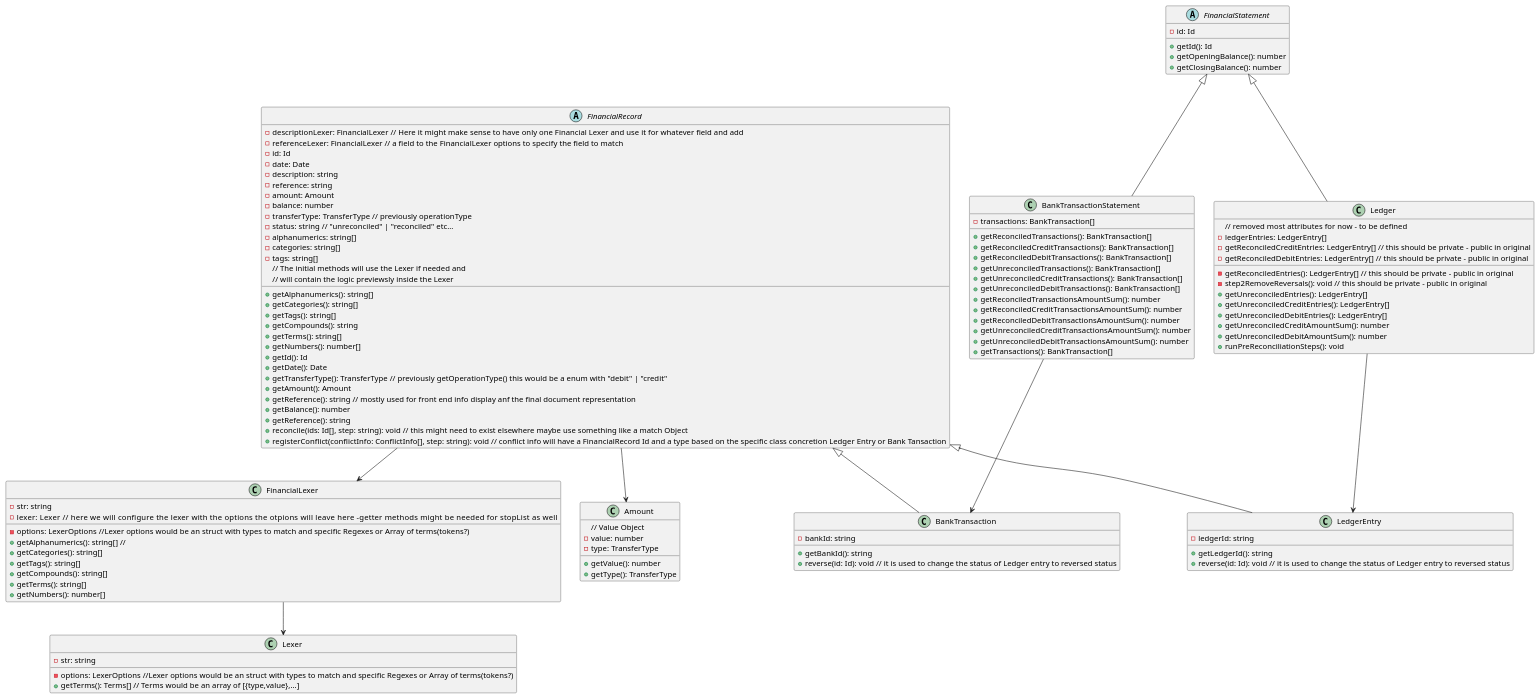
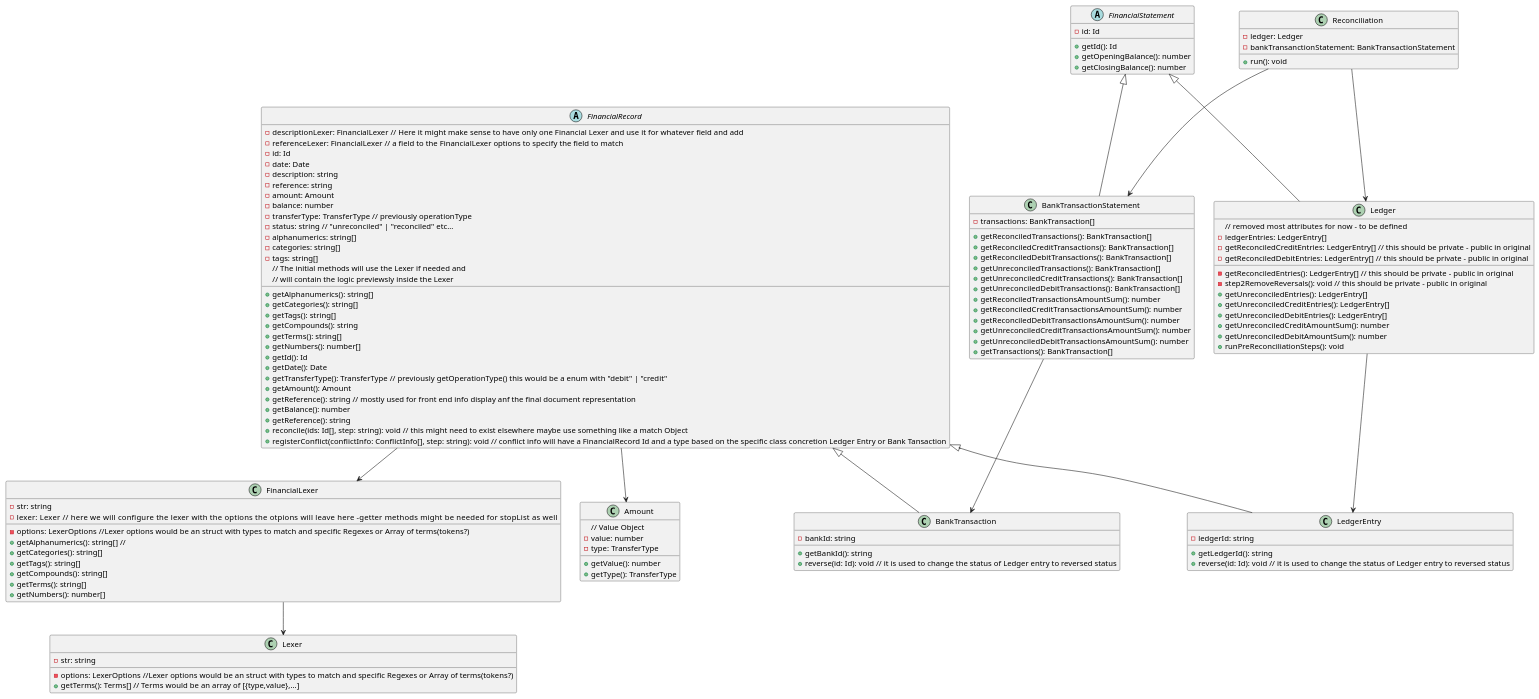
One commit to bitloops/bitloops-language changed the diagram in examples/reconciler/classes.plantuml. Above: the diagram before and after it, drawn with PlantUML.

Commit message:
added more info for the reconciliation algorithm

```diff
--- a/examples/reconciler/classes.plantuml
+++ b/examples/reconciler/classes.plantuml
@@ -1,127 +1,135 @@
 @startuml
 
 class Lexer {
     - str: string
     - options: LexerOptions //Lexer options would be an struct with types to match and specific Regexes or Array of terms(tokens?)
     + getTerms(): Terms[] // Terms would be an array of [{type,value},...]
 }
 
 class FinancialLexer {
     - str: string
     - options: LexerOptions //Lexer options would be an struct with types to match and specific Regexes or Array of terms(tokens?) 
     - lexer: Lexer             // here we will configure the lexer with the options the otpions will leave here -getter methods might be needed for stopList as well
     + getAlphanumerics(): string[] // 
     + getCategories(): string[]
     + getTags(): string[]
     + getCompounds(): string[]
     + getTerms(): string[]
     + getNumbers(): number[]
 }
 
 class Amount {
     // Value Object
     - value: number
     - type: TransferType
     + getValue(): number
     + getType(): TransferType
 }
 
 ' Lexer could be a util static class or create one on demand
 ' TODO review the methods to add etc... 
 abstract FinancialRecord {
     - descriptionLexer: FinancialLexer // Here it might make sense to have only one Financial Lexer and use it for whatever field and add
     - referenceLexer: FinancialLexer // a field to the FinancialLexer options to specify the field to match
     - id: Id
     - date: Date
     - description: string
     - reference: string
     - amount: Amount
     - balance: number
     - transferType: TransferType // previously operationType
     - status: string // "unreconciled" | "reconciled" etc...
     - alphanumerics: string[]
     - categories: string[]
     - tags: string[]
     // The initial methods will use the Lexer if needed and 
     // will contain the logic previewsly inside the Lexer
     + getAlphanumerics(): string[] 
     + getCategories(): string[]
     + getTags(): string[]
     + getCompounds(): string
     + getTerms(): string[]
     + getNumbers(): number[]
     + getId(): Id
     + getDate(): Date
     + getTransferType(): TransferType // previously getOperationType() this would be a enum with "debit" | "credit"
     + getAmount(): Amount
     + getReference(): string // mostly used for front end info display anf the final document representation
     + getBalance(): number
     + getReference(): string
     + reconcile(ids: Id[], step: string): void // this might need to exist elsewhere maybe use something like a match Object
     + registerConflict(conflictInfo: ConflictInfo[], step: string): void // conflict info will have a FinancialRecord Id and a type based on the specific class concretion Ledger Entry or Bank Tansaction
 
 }
 
 class LedgerEntry {
     - ledgerId: string
     + getLedgerId(): string
     + reverse(id: Id): void // it is used to change the status of Ledger entry to reversed status
 }
 
 class BankTransaction {
     - bankId: string
     + getBankId(): string
     + reverse(id: Id): void // it is used to change the status of Ledger entry to reversed status
 }
 
 abstract FinancialStatement {
     - id: Id
     + getId(): Id
     + getOpeningBalance(): number
     + getClosingBalance(): number
 }
 
 class Ledger {
     // removed most attributes for now - to be defined
     - ledgerEntries: LedgerEntry[]
     - getReconciledEntries(): LedgerEntry[] // this should be private - public in original
     - getReconciledCreditEntries: LedgerEntry[] // this should be private - public in original
     - getReconciledDebitEntries: LedgerEntry[] // this should be private - public in original
     - step2RemoveReversals(): void // this should be private - public in original
     + getUnreconciledEntries(): LedgerEntry[]
     + getUnreconciledCreditEntries(): LedgerEntry[]
     + getUnreconciledDebitEntries(): LedgerEntry[]
     + getUnreconciledCreditAmountSum(): number
     + getUnreconciledDebitAmountSum(): number
     + runPreReconciliationSteps(): void
 }
 
 class BankTransactionStatement {
     - transactions: BankTransaction[]
     + getReconciledTransactions(): BankTransaction[] 
     + getReconciledCreditTransactions(): BankTransaction[] 
     + getReconciledDebitTransactions(): BankTransaction[]
     + getUnreconciledTransactions(): BankTransaction[]
     + getUnreconciledCreditTransactions(): BankTransaction[]
     + getUnreconciledDebitTransactions(): BankTransaction[]
     + getReconciledTransactionsAmountSum(): number
     + getReconciledCreditTransactionsAmountSum(): number
     + getReconciledDebitTransactionsAmountSum(): number
     + getUnreconciledCreditTransactionsAmountSum(): number
     + getUnreconciledDebitTransactionsAmountSum(): number
     + getTransactions(): BankTransaction[]
 }
 
+class Reconciliation {
+    - ledger: Ledger
+    - bankTransanctionStatement: BankTransactionStatement
+    + run(): void
+}
+
 FinancialRecord <|-- LedgerEntry
 FinancialRecord <|-- BankTransaction
 FinancialRecord --> Amount
 ' Here we favoured composition over inheritance - should read more about it but it makes more sense
 FinancialLexer --> Lexer 
 FinancialRecord --> FinancialLexer
 Ledger --> LedgerEntry
 BankTransactionStatement --> BankTransaction
 FinancialStatement <|-- Ledger
 FinancialStatement <|-- BankTransactionStatement
+Reconciliation --> Ledger
+Reconciliation --> BankTransactionStatement
 
 
 @enduml
```
